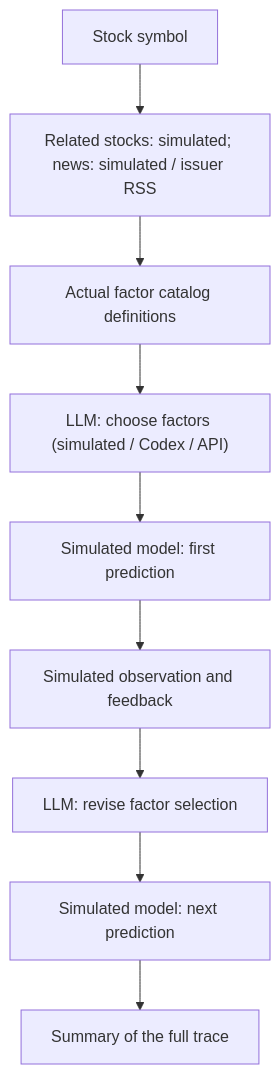
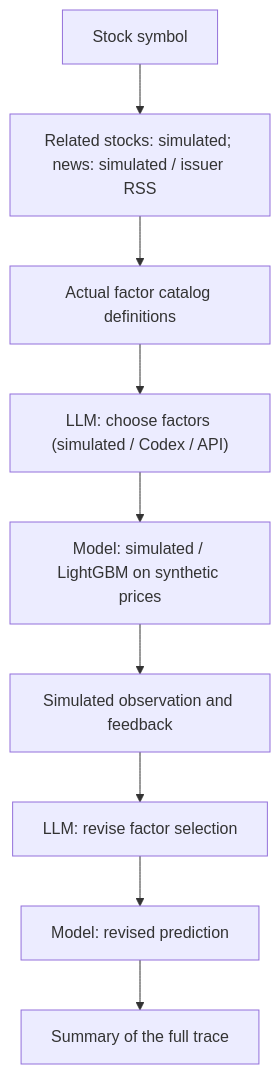
One commit to chickeyton/Quant_RSI changed the second of 2 diagrams in README.md. Above: the diagram before and after it, drawn with Mermaid. The commit also changed other lines of this file and 6 other files, not shown here.

````diff
--- a/README.md
+++ b/README.md
@@ -74,11 +75,11 @@
 ```mermaid
 flowchart TD
     A["Stock symbol"] --> B["Related stocks: simulated; news: simulated / issuer RSS"]
     B --> C["Actual factor catalog definitions"]
     C --> D["LLM: choose factors (simulated / Codex / API)"]
-    D --> E["Simulated model: first prediction"]
+    D --> E["Model: simulated / LightGBM on synthetic prices"]
     E --> F["Simulated observation and feedback"]
     F --> G["LLM: revise factor selection"]
-    G --> H["Simulated model: next prediction"]
+    G --> H["Model: revised prediction"]
     H --> I["Summary of the full trace"]
 ```
````
